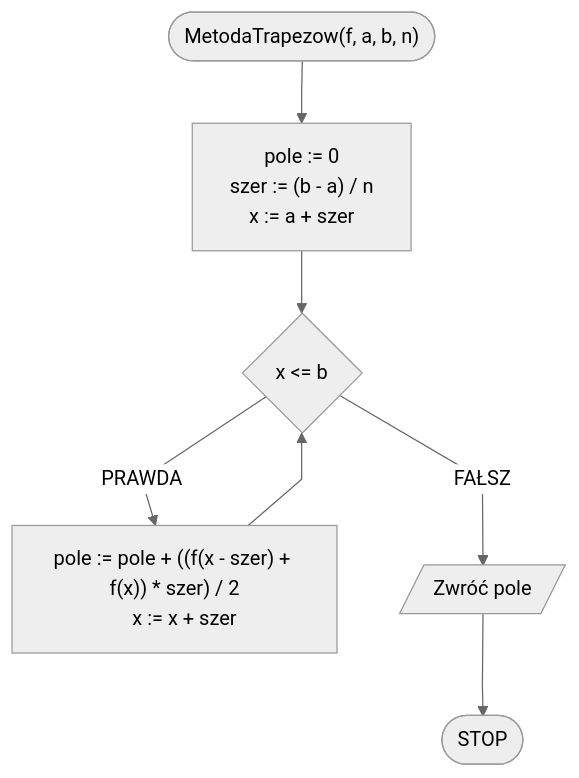
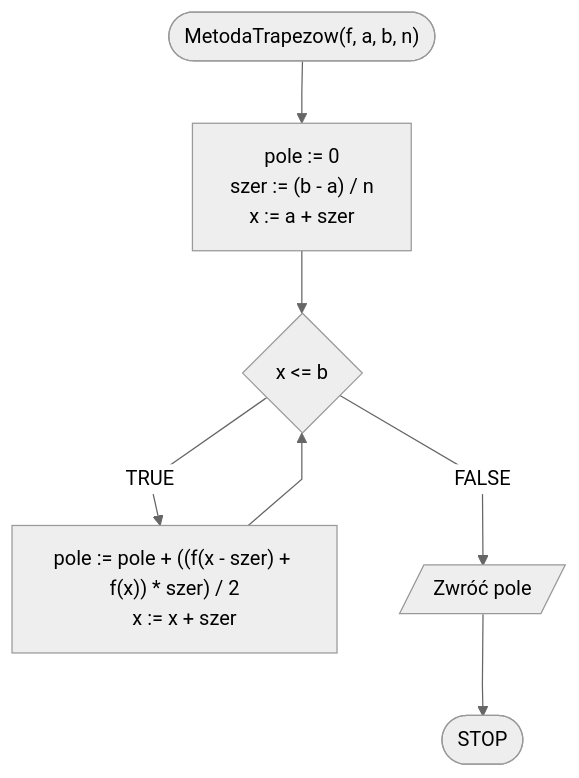
The second of 2 diagrams in docs/algorithms/numerical-methods/numerical-integration.md (blackbat13/edu-cs-htiew-en), drawn with Mermaid before and after one commit. The commit also changed other lines of this file and 682 other files, not shown here.

````diff
--- a/docs/algorithms/numerical-methods/numerical-integration.md
+++ b/docs/algorithms/numerical-methods/numerical-integration.md
@@ -94,13 +94,13 @@
 ```mermaid
 %%{init: {"flowchart": {"curve": "linear"}, "theme": "neutral"} }%%
 flowchart TD
 	START(["MetodaTrapezow(f, a, b, n)"]) --> K1["pole := 0
     szer := (b - a) / n
     x := a + szer"]
 	K1 --> K4{x <= b}
-	K4 -- PRAWDA --> K5["pole := pole + ((f(x - szer) + f(x)) * szer) / 2
+	K4 -- TRUE --> K5["pole := pole + ((f(x - szer) + f(x)) * szer) / 2
     x := x + szer"]
 	K5 --> K4
-	K4 -- FAŁSZ --> K8[/Zwróć pole/]
+	K4 -- FALSE --> K8[/Zwróć pole/]
 	K8 --> STOP([STOP])
 ```
````
